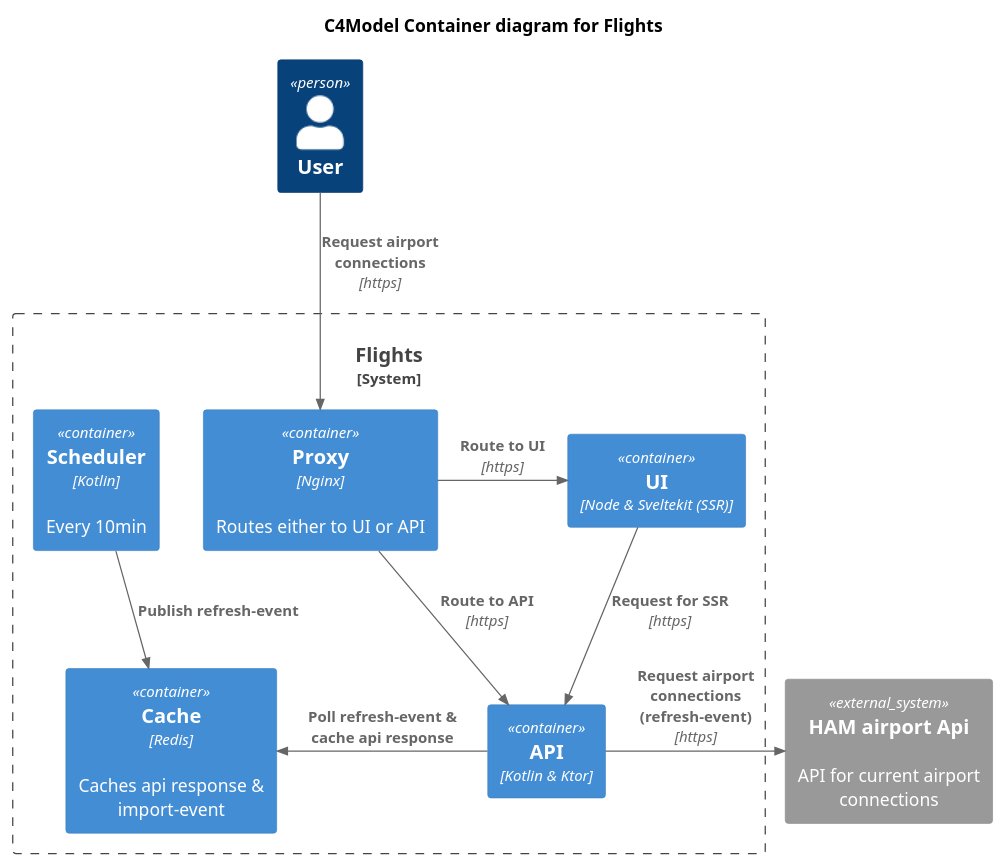
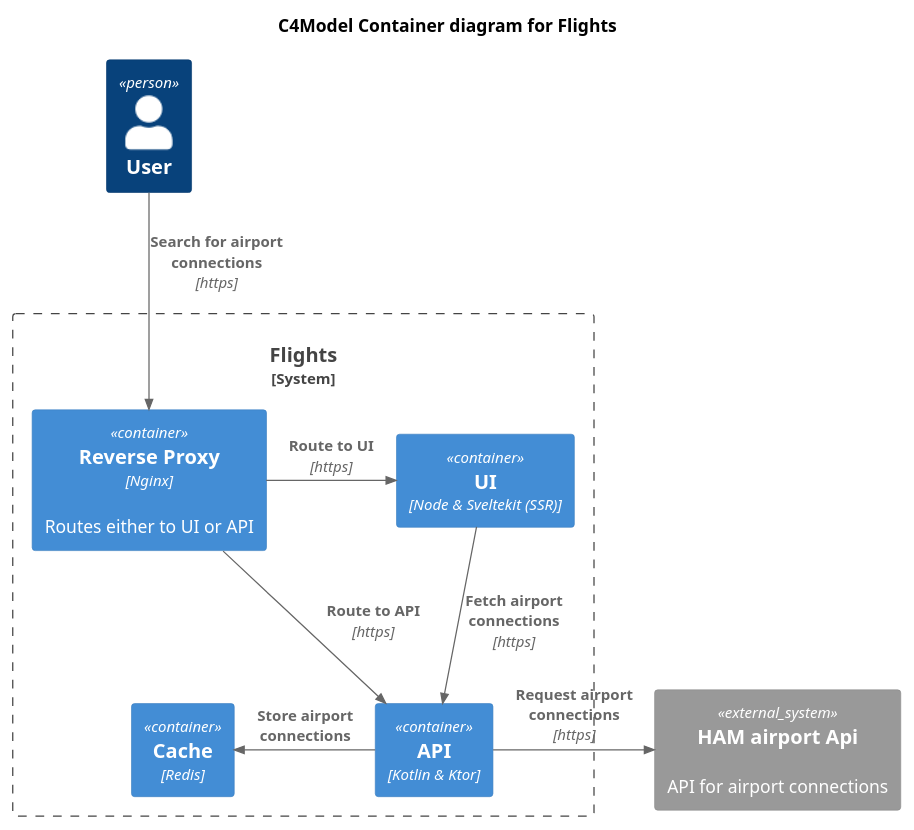
One commit to OskarWestmeijer/flights changed the diagram in docs/c4_container.puml. Above: the diagram before and after it, drawn with PlantUML. The commit also changed 15 other files, not shown here.

```diff
--- a/docs/c4_container.puml
+++ b/docs/c4_container.puml
@@ -1,28 +1,26 @@
 @startuml C4_Elements
 
 !include https://raw.githubusercontent.com/plantuml-stdlib/C4-PlantUML/master/C4_Container.puml
 
 title C4Model Container diagram for Flights
 
 Person(user, "User")
 
 System_Boundary(flightsSystem, "Flights") {
-    Container(nginx_proxy, "Proxy", "Nginx", $descr="Routes either to UI or API")
+    Container(nginx_proxy, "Reverse Proxy", "Nginx", $descr="Routes either to UI or API")
     Container(flights_api, "API", "Kotlin & Ktor")
-    Container(flights_scheduler, "Scheduler", "Kotlin", $descr="Every 10min")
-    Container(flights_cache, "Cache", "Redis", $descr="Caches api response & import-event")
+    Container(flights_cache, "Cache", "Redis")
     Container(flights_ui, "UI", "Node & Sveltekit (SSR)")
 }
-System_Ext(ham_api, "HAM airport Api", "API for current airport connections")
+System_Ext(ham_api, "HAM airport Api", "API for airport connections")
 
 
-Rel(user, nginx_proxy, "Request airport connections", "https")
+Rel(user, nginx_proxy, "Search for airport connections", "https")
 Rel_R(nginx_proxy, flights_ui, "Route to UI", "https")
 Rel_D(nginx_proxy, flights_api, "Route to API", "https")
-Rel(flights_ui, flights_api, "Request for SSR", "https")
-Rel_L(flights_api, flights_cache, "Poll refresh-event & cache api response")
-Rel_D(flights_scheduler, flights_cache, "Publish refresh-event")
-Rel_R(flights_api, ham_api, "Request airport connections (refresh-event)", "https")
+Rel(flights_ui, flights_api, "Fetch airport connections", "https")
+Rel_L(flights_api, flights_cache, "Store airport connections")
+Rel_R(flights_api, ham_api, "Request airport connections", "https")
 
 LAYOUT_TOP_DOWN()
 @enduml
```
